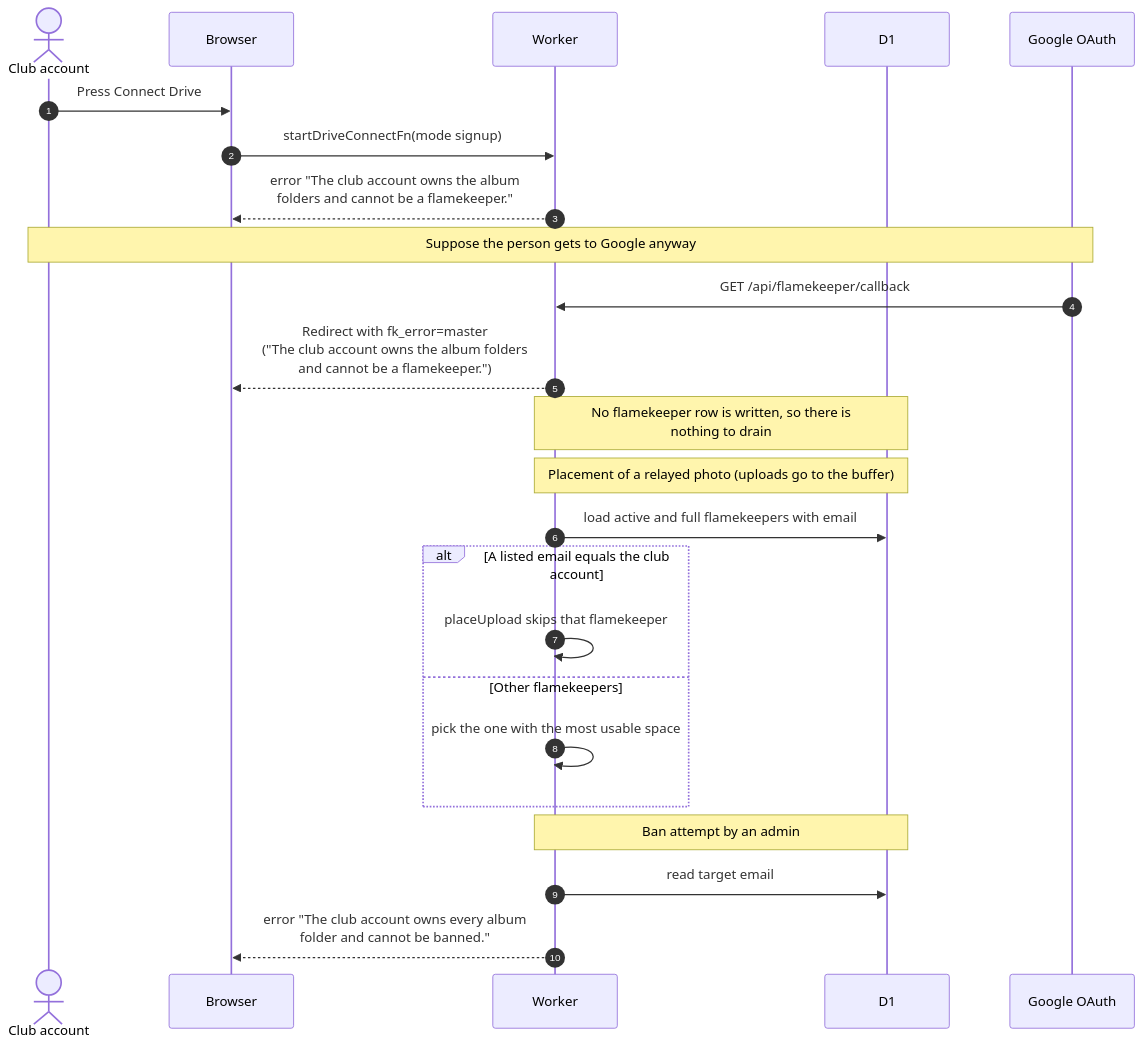
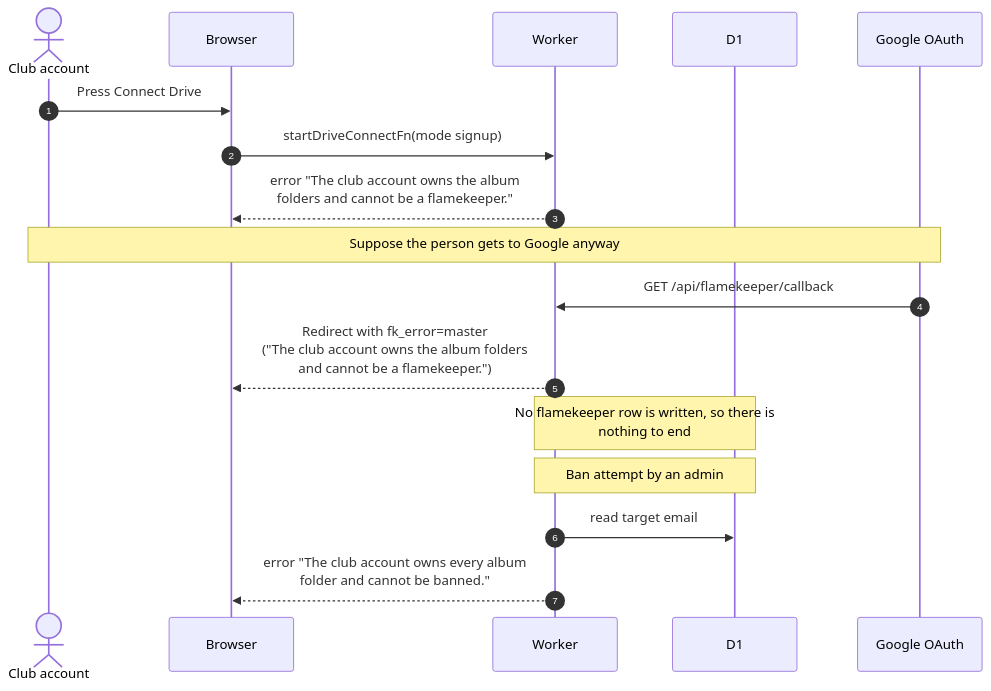
Before and after one commit to sagyzdop/meriksirat: the diagram in docs/scenarios/flamekeepers/master-account.md, drawn with Mermaid. The commit also changed other lines of this file and 74 other files, not shown here.

First line of the commit message:
feat(flamekeepers): retire placement, drain and relay code

````diff
--- a/docs/scenarios/flamekeepers/master-account.md
+++ b/docs/scenarios/flamekeepers/master-account.md
@@ -27,26 +27,19 @@
 ```mermaid
 sequenceDiagram
     autonumber
     actor M as Club account
     participant Browser
     participant Worker
     participant D1
     participant GO as Google OAuth
     M->>Browser: Press Connect Drive
     Browser->>Worker: startDriveConnectFn(mode signup)
     Worker-->>Browser: error "The club account owns the album<br/>folders and cannot be a flamekeeper."
     Note over M,GO: Suppose the person gets to Google anyway
     GO->>Worker: GET /api/flamekeeper/callback
     Worker-->>Browser: Redirect with fk_error=master<br/>("The club account owns the album folders<br/>and cannot be a flamekeeper.")
-    Note over Worker,D1: No flamekeeper row is written, so there is<br/>nothing to drain
-    Note over Worker,D1: Placement of a relayed photo (uploads go to the buffer)
-    Worker->>D1: load active and full flamekeepers with email
-    alt A listed email equals the club account
-        Worker->>Worker: placeUpload skips that flamekeeper
-    else Other flamekeepers
-        Worker->>Worker: pick the one with the most usable space
-    end
+    Note over Worker,D1: No flamekeeper row is written, so there is<br/>nothing to end
     Note over Worker,D1: Ban attempt by an admin
     Worker->>D1: read target email
     Worker-->>Browser: error "The club account owns every album<br/>folder and cannot be banned."
 ```
````
